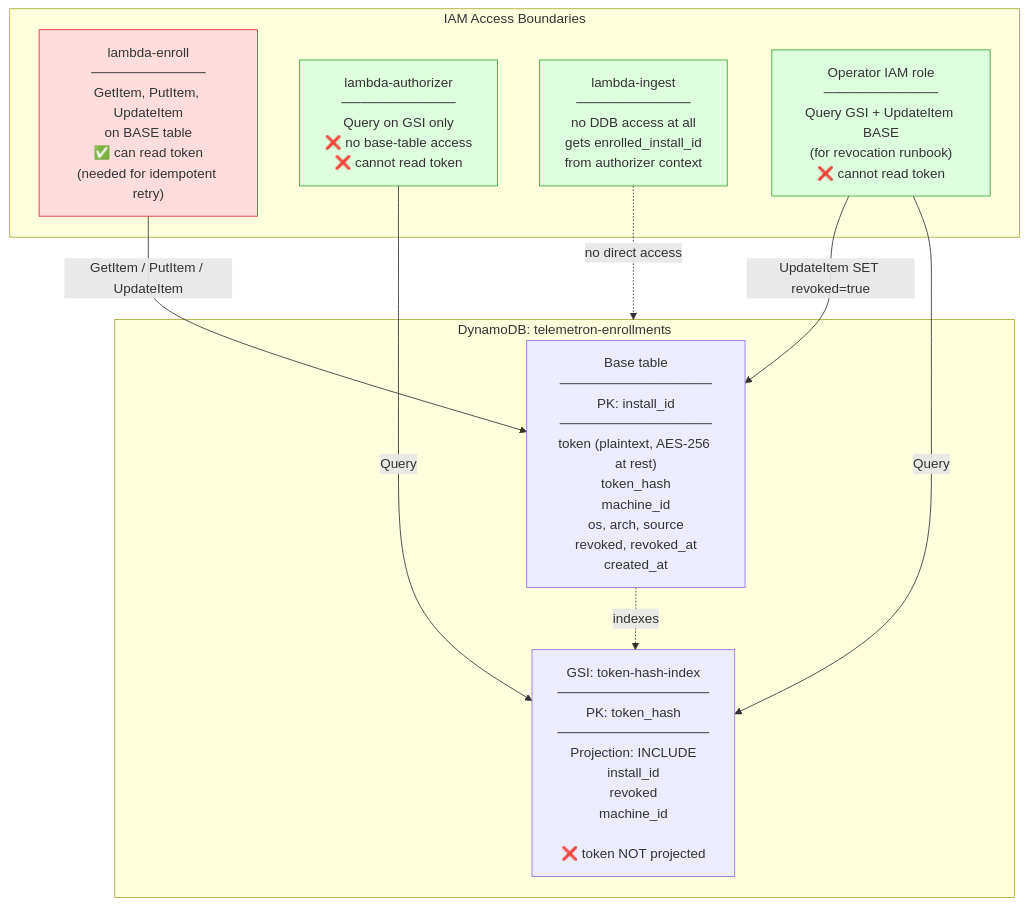
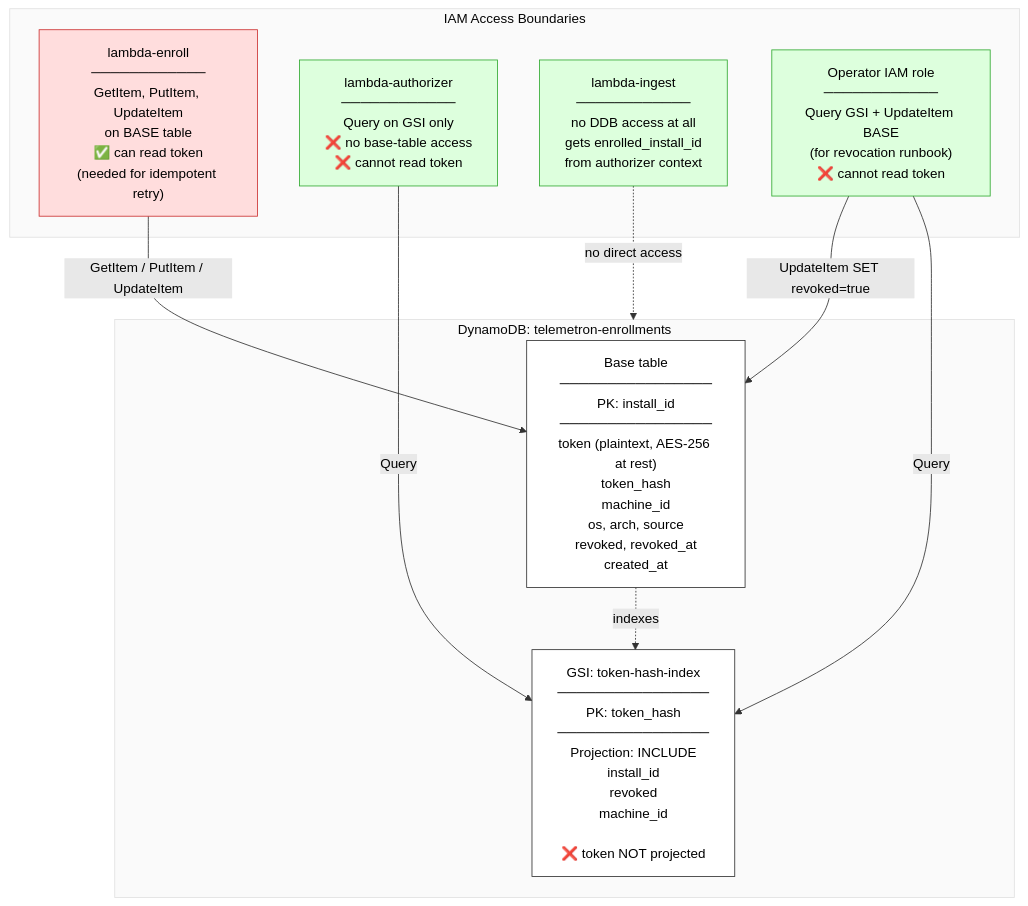
One commit to inceptionstack/telemetron changed the third of 5 diagrams in docs/telemetron-enrollment-architecture-v0.3.0.md. Above: the diagram before and after it, drawn with Mermaid. The commit also changed other lines of this file, not shown here.

Commit message:
docs(v0.3.0): darker text for diagrams (force theme vars for readability)

````diff
--- a/docs/telemetron-enrollment-architecture-v0.3.0.md
+++ b/docs/telemetron-enrollment-architecture-v0.3.0.md
@@ -101,27 +103,29 @@
 ```mermaid
+%%{init: {'theme':'base','themeVariables':{'primaryColor':'#f5f5f5','primaryTextColor':'#000','primaryBorderColor':'#333','lineColor':'#333','secondaryColor':'#e8e8e8','tertiaryColor':'#fafafa','noteTextColor':'#000','noteBkgColor':'#fffde7','noteBorderColor':'#333','actorTextColor':'#000','actorBkg':'#e3f2fd','actorBorder':'#333','signalColor':'#000','signalTextColor':'#000','labelTextColor':'#000','loopTextColor':'#000'}}}%%
 graph TB
+    classDef default fill:#fff,stroke:#333,color:#000,stroke-width:1px
     subgraph DDB["DynamoDB: telemetron-enrollments"]
         BASE["Base table<br/>────────────────<br/>PK: install_id<br/>────────────────<br/>token (plaintext, AES-256 at rest)<br/>token_hash<br/>machine_id<br/>os, arch, source<br/>revoked, revoked_at<br/>created_at"]
         GSI["GSI: token-hash-index<br/>────────────────<br/>PK: token_hash<br/>────────────────<br/>Projection: INCLUDE<br/>install_id<br/>revoked<br/>machine_id<br/><br/>❌ token NOT projected"]
         BASE -.indexes.-> GSI
     end
 
     subgraph IAM["IAM Access Boundaries"]
         ENROLL["lambda-enroll<br/>────────────<br/>GetItem, PutItem, UpdateItem<br/>on BASE table<br/>✅ can read token<br/>(needed for idempotent retry)"]
         AUTHZ["lambda-authorizer<br/>────────────<br/>Query on GSI only<br/>❌ no base-table access<br/>❌ cannot read token"]
         INGEST["lambda-ingest<br/>────────────<br/>no DDB access at all<br/>gets enrolled_install_id<br/>from authorizer context"]
         OPERATOR["Operator IAM role<br/>────────────<br/>Query GSI + UpdateItem BASE<br/>(for revocation runbook)<br/>❌ cannot read token"]
     end
 
     ENROLL -->|GetItem / PutItem / UpdateItem| BASE
     AUTHZ -->|Query| GSI
     OPERATOR -->|Query| GSI
     OPERATOR -->|UpdateItem SET revoked=true| BASE
     INGEST -.->|no direct access| DDB
 
-    classDef danger fill:#fdd,stroke:#c33
-    classDef safe fill:#dfd,stroke:#3a3
-    classDef neutral fill:#ddf,stroke:#33c
+    classDef danger fill:#fdd,stroke:#c33,color:#000
+    classDef safe fill:#dfd,stroke:#3a3,color:#000
+    classDef neutral fill:#ddf,stroke:#33c,color:#000
     class ENROLL danger
     class AUTHZ,INGEST,OPERATOR safe
 ```
````
